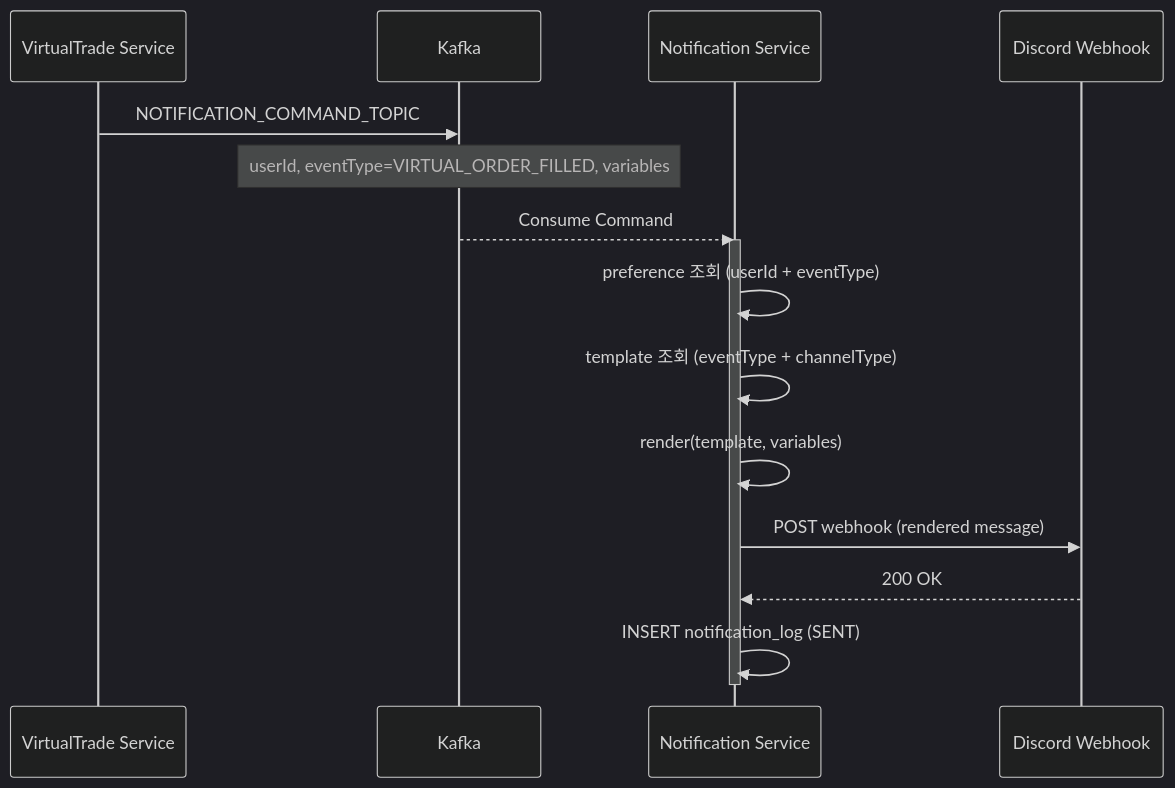
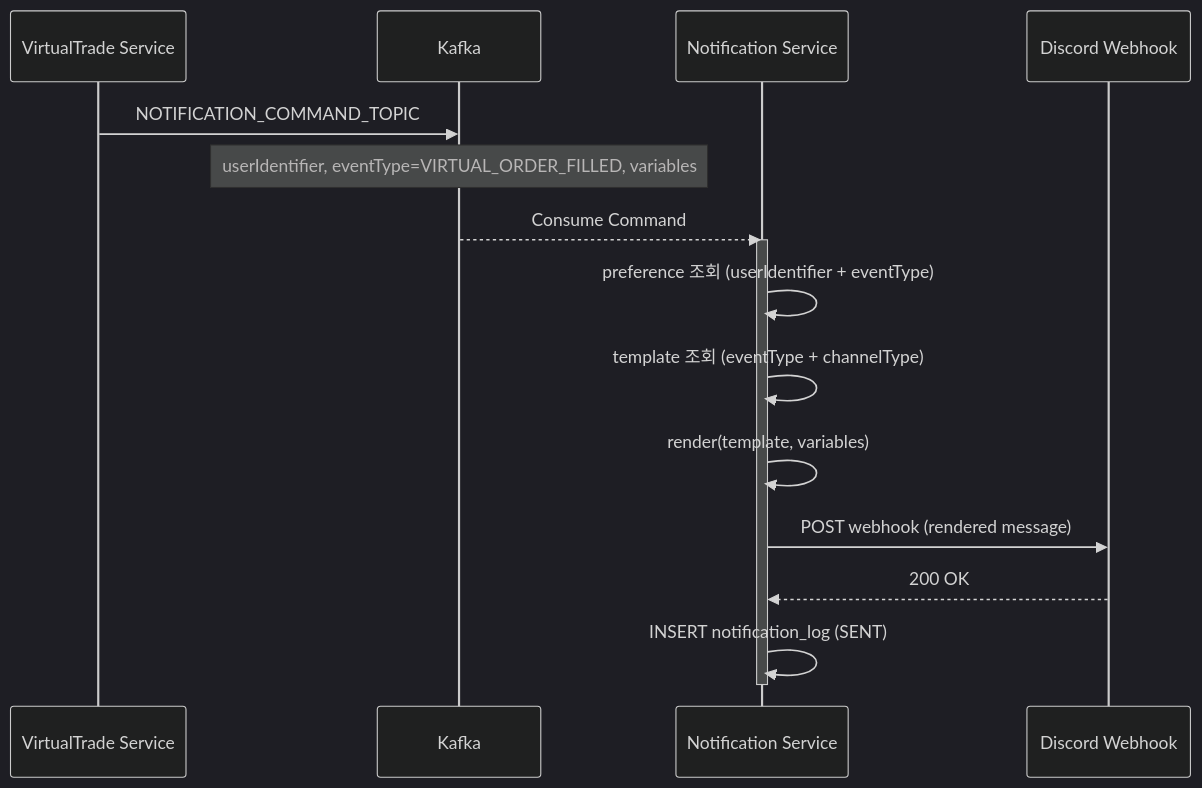
The diagram in backend/notification/domain.md (Trade-Pilot/.github), drawn with Mermaid (dark theme) before and after one commit. The commit also changed other lines of this file and 17 other files, not shown here.

````diff
--- a/backend/notification/domain.md
+++ b/backend/notification/domain.md
@@ -411,23 +411,23 @@
 ```mermaid
 sequenceDiagram
     participant VT as VirtualTrade Service
     participant Kafka as Kafka
     participant NS as Notification Service
     participant Discord as Discord Webhook
 
     VT->>Kafka: NOTIFICATION_COMMAND_TOPIC
-    Note over Kafka: userId, eventType=VIRTUAL_ORDER_FILLED, variables
+    Note over Kafka: userIdentifier, eventType=VIRTUAL_ORDER_FILLED, variables
 
     Kafka-->>NS: Consume Command
 
     activate NS
-    NS->>NS: preference 조회 (userId + eventType)
+    NS->>NS: preference 조회 (userIdentifier + eventType)
 
     NS->>NS: template 조회 (eventType + channelType)
     NS->>NS: render(template, variables)
 
     NS->>Discord: POST webhook (rendered message)
     Discord-->>NS: 200 OK
     NS->>NS: INSERT notification_log (SENT)
     deactivate NS
 ```
````
